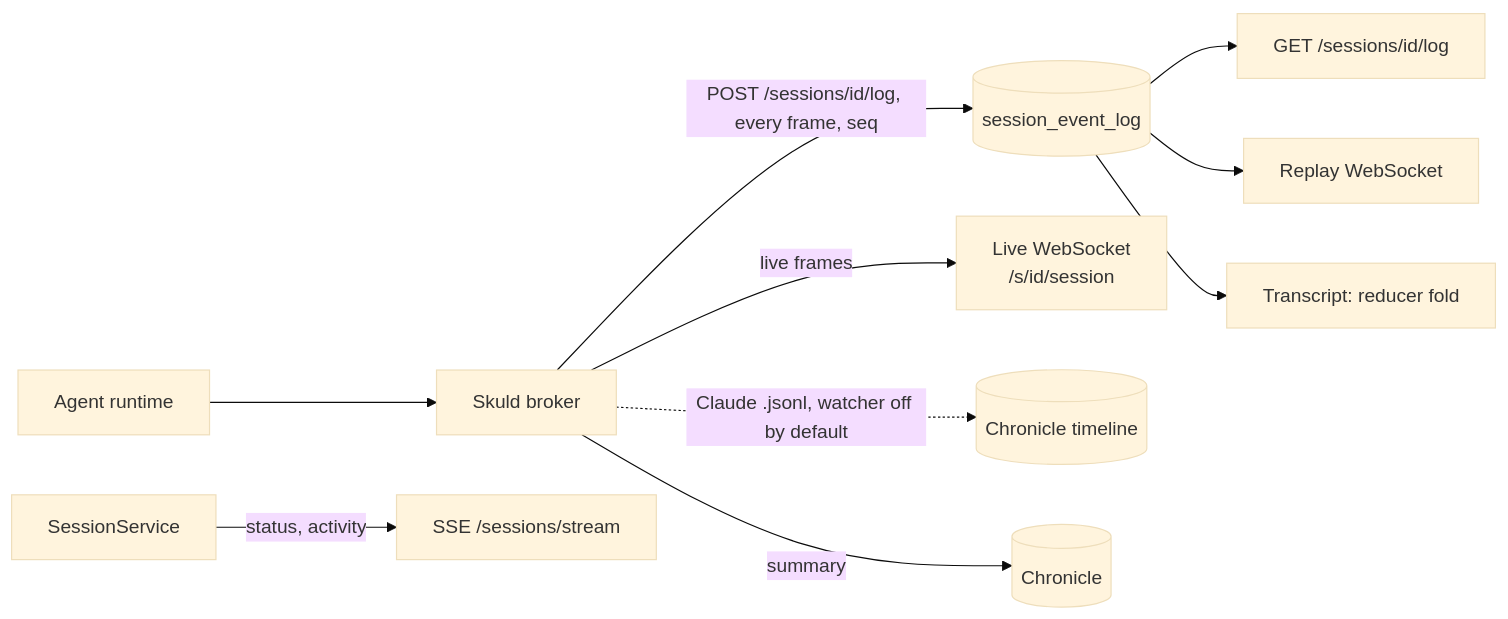
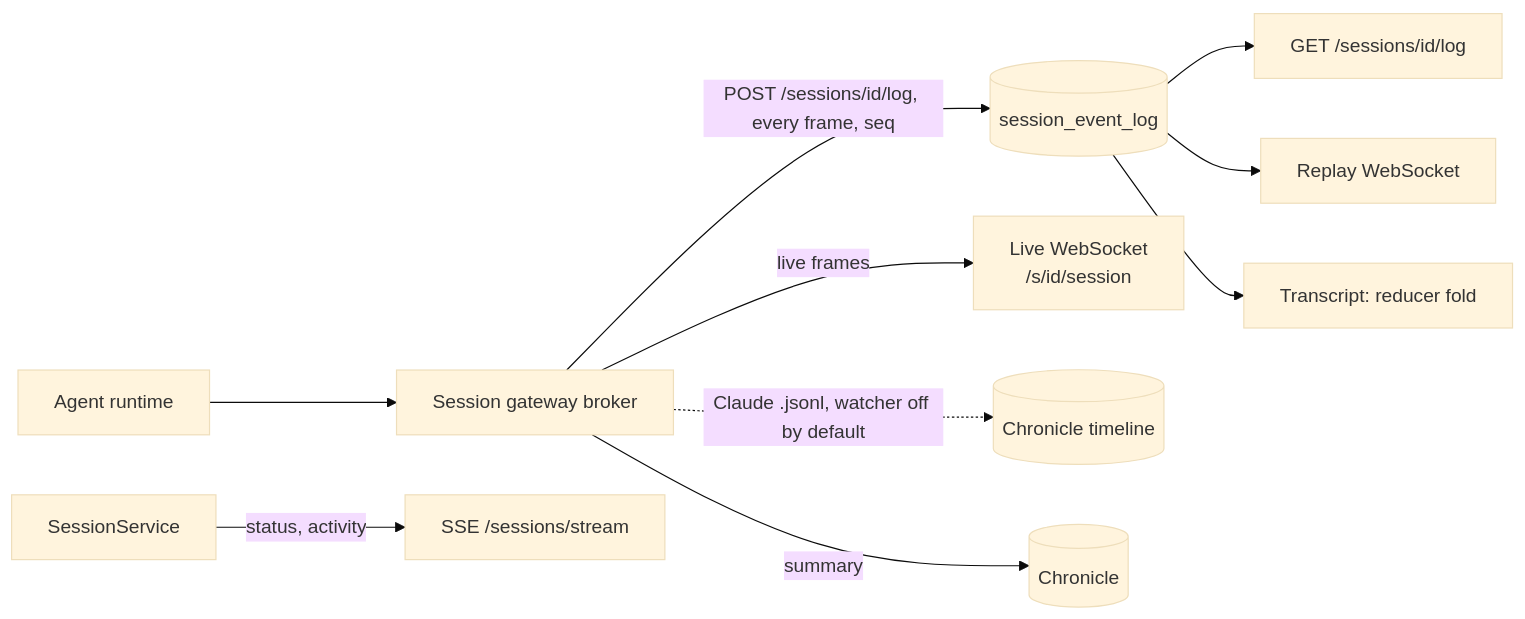
Before and after one commit to niuulabs/niuu: the diagram in docs/site/architecture/forge/state-and-history.md, drawn with Mermaid (base theme). The commit also changed other lines of this file and 65 other files, not shown here.

````diff
--- a/docs/site/architecture/forge/state-and-history.md
+++ b/docs/site/architecture/forge/state-and-history.md
@@ -21,12 +21,12 @@
 ```mermaid
 flowchart LR
-    AG[Agent runtime] --> SK[Skuld broker]
+    AG[Agent runtime] --> SK[Session gateway broker]
     SK -->|POST /sessions/id/log, every frame, seq| LOG[(session_event_log)]
     SK -->|live frames| WS[Live WebSocket<br/>/s/id/session]
     SK -.->|Claude .jsonl, watcher off by default| TL[(Chronicle timeline)]
     SK -->|summary| CH[(Chronicle)]
     SS[SessionService] -->|status, activity| SSE[SSE /sessions/stream]
     LOG --> REST[GET /sessions/id/log]
     LOG --> RP[Replay WebSocket]
     LOG --> TR[Transcript: reducer fold]
 ```
````
